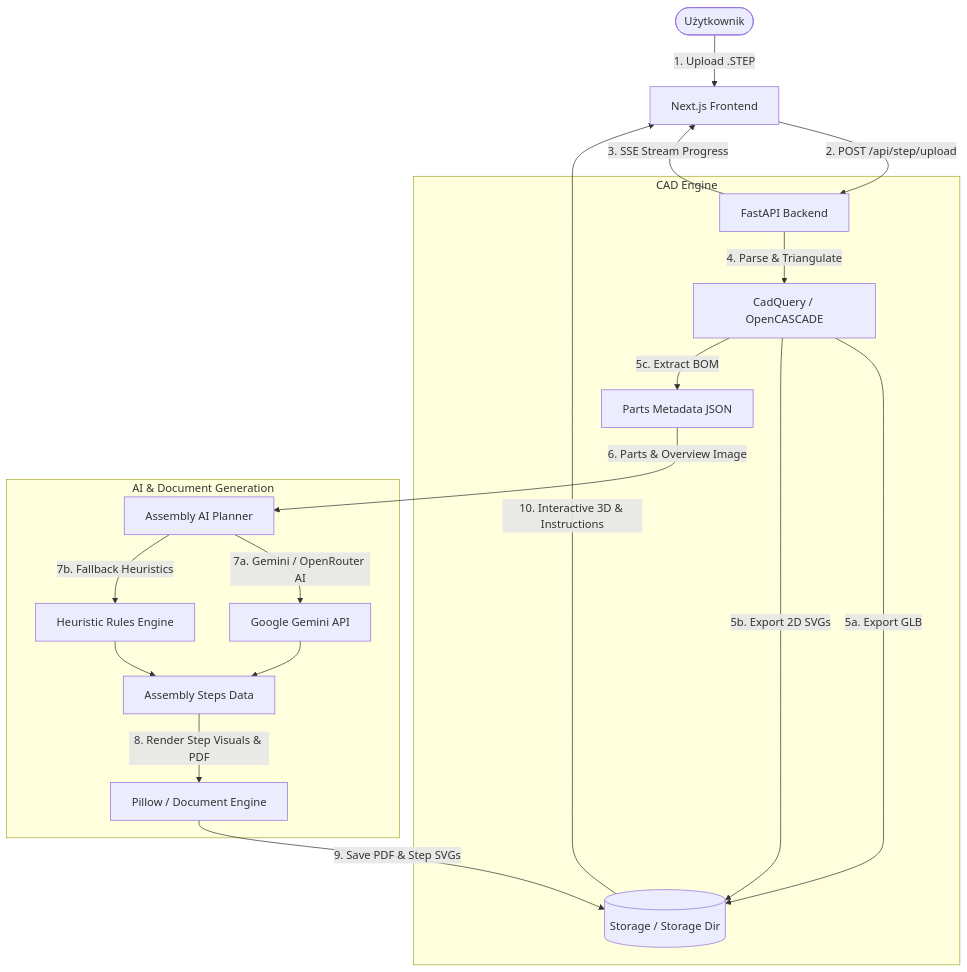
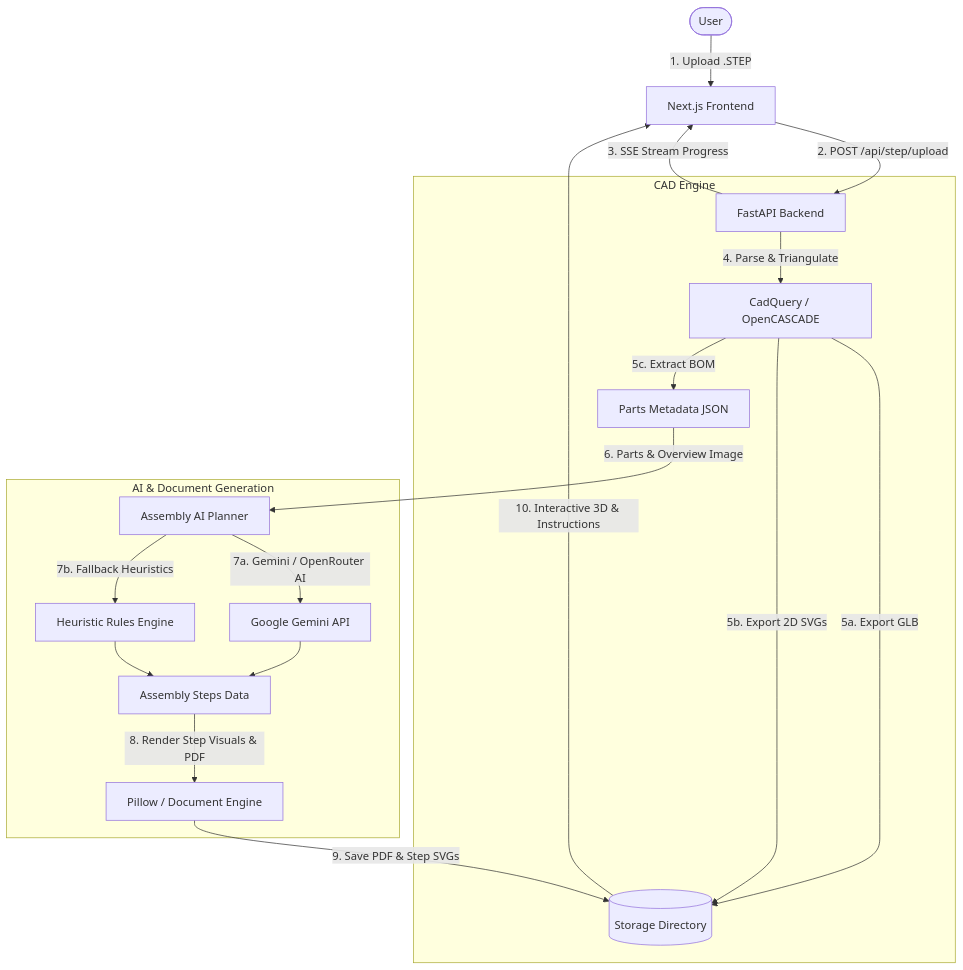
One commit to Karman1818/AutoAssembly-AI changed the diagram in README.md. Above: the diagram before and after it, drawn with Mermaid. The commit also changed other lines of this file, not shown here.

````diff
--- a/README.md
+++ b/README.md
@@ -30,25 +30,25 @@
 ```mermaid
 flowchart TD
-    User([Użytkownik]) -->|1. Upload .STEP| Frontend[Next.js Frontend]
+    User([User]) -->|1. Upload .STEP| Frontend[Next.js Frontend]
     Frontend -->|2. POST /api/step/upload| Backend[FastAPI Backend]
     Backend -->|3. SSE Stream Progress| Frontend
     
     subgraph CAD Engine
         Backend -->|4. Parse & Triangulate| CadQuery[CadQuery / OpenCASCADE]
-        CadQuery -->|5a. Export GLB| Storage[(Storage / Storage Dir)]
+        CadQuery -->|5a. Export GLB| Storage[(Storage Directory)]
         CadQuery -->|5b. Export 2D SVGs| Storage
         CadQuery -->|5c. Extract BOM| PartsJSON[Parts Metadata JSON]
     end
     
     subgraph AI & Document Generation
         PartsJSON -->|6. Parts & Overview Image| AIPlanner[Assembly AI Planner]
         AIPlanner -->|7a. Gemini / OpenRouter AI| LLM[Google Gemini API]
         AIPlanner -->|7b. Fallback Heuristics| Heuristic[Heuristic Rules Engine]
         LLM --> StepsJSON[Assembly Steps Data]
         Heuristic --> StepsJSON
         StepsJSON -->|8. Render Step Visuals & PDF| DocumentEngine[Pillow / Document Engine]
         DocumentEngine -->|9. Save PDF & Step SVGs| Storage
     end
     
     Storage -->|10. Interactive 3D & Instructions| Frontend
 ```
````
